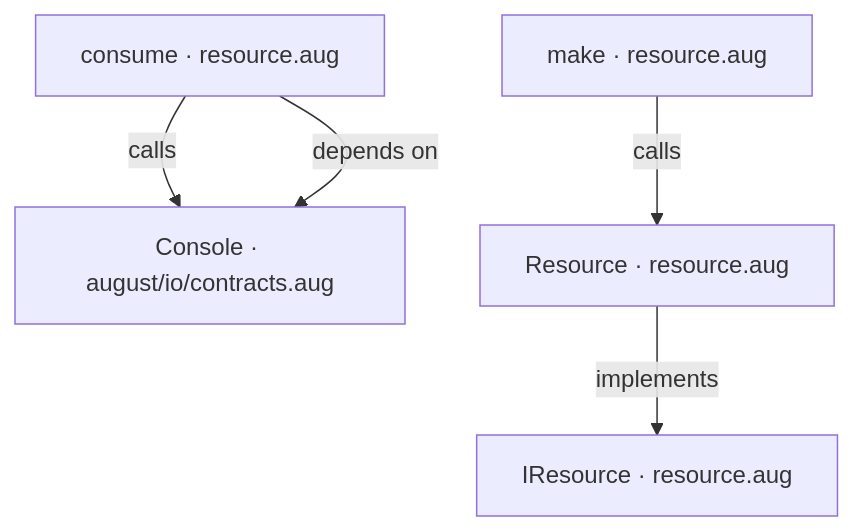
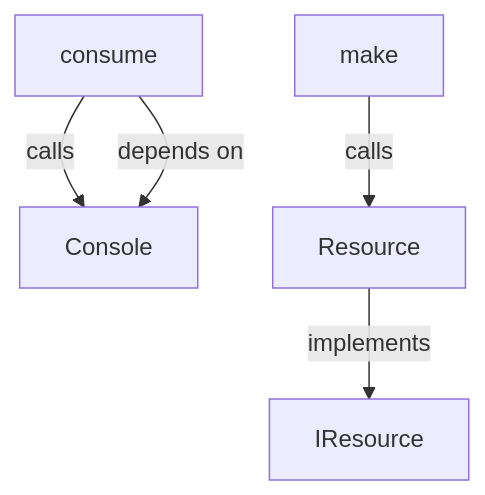
One commit to GreenPandaStudios/augscript changed the first of 4 diagrams in docs/examples/ownership-transfer/resource-diagrams.md. Above: the diagram before and after it, drawn with Mermaid. The commit also changed other lines of this file and 524 other files, not shown here.

Commit message:
Explain checked data flow at folder and service levels

````diff
--- a/docs/examples/ownership-transfer/resource-diagrams.md
+++ b/docs/examples/ownership-transfer/resource-diagrams.md
@@ -19,12 +19,12 @@
 ```mermaid
 flowchart TD
-    n0["Console · august/io/contracts.aug"]
-    n1["IResource · resource.aug"]
-    n2["Resource · resource.aug"]
-    n3["consume · resource.aug"]
-    n4["make · resource.aug"]
+    n0["Console"]
+    n1["IResource"]
+    n2["Resource"]
+    n3["consume"]
+    n4["make"]
     n2 -->|"implements"| n1
     n3 -->|"calls"| n0
     n3 -->|"depends on"| n0
     n4 -->|"calls"| n2
 ```
````
